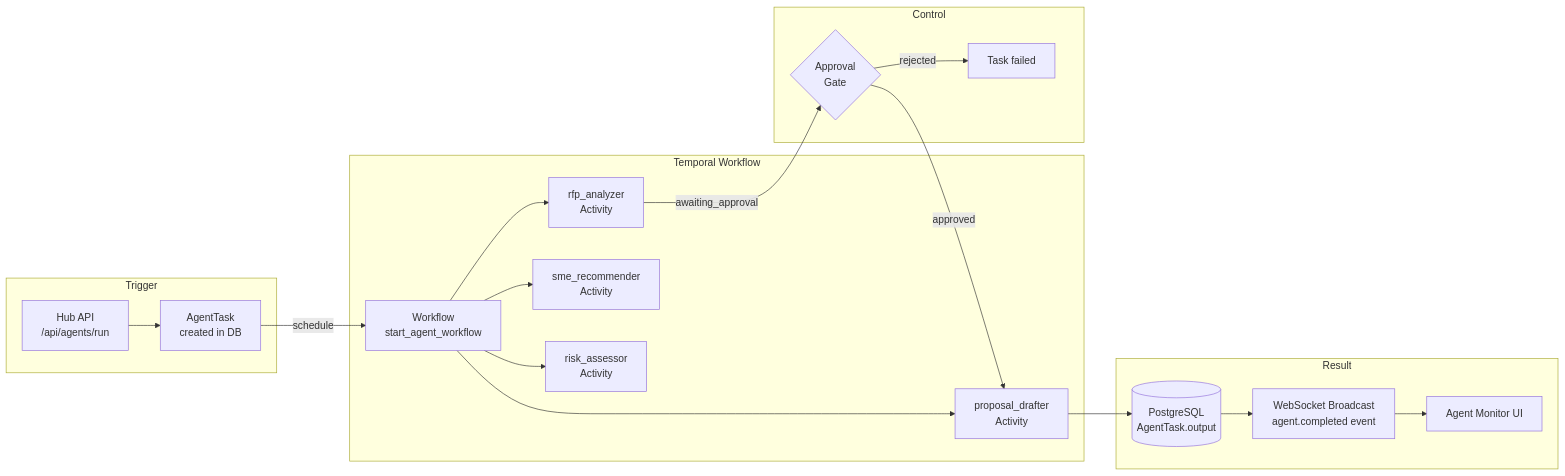
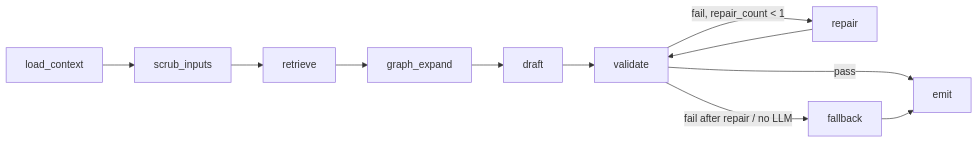
Before and after one commit to sanjayrkshetty/presales-hub: the first of 3 diagrams in docs/architecture/ai-pipeline.md, drawn with Mermaid. The commit also changed other lines of this file and 7 other files, not shown here.

First line of the commit message:
docs: align architecture with G1 draft graph and Post-G1 reality

````diff
--- a/docs/architecture/ai-pipeline.md
+++ b/docs/architecture/ai-pipeline.md
@@ -39,26 +12,13 @@
 ```mermaid
 flowchart LR
-    subgraph Trigger
-        API[Hub API\n/api/agents/run] --> AT[AgentTask\ncreated in DB]
-    end
-
-    subgraph Temporal["Temporal Workflow"]
-        AT -->|schedule| WT[Workflow\nstart_agent_workflow]
-        WT --> A1[rfp_analyzer\nActivity]
-        WT --> A2[sme_recommender\nActivity]
-        WT --> A3[proposal_drafter\nActivity]
-        WT --> A4[risk_assessor\nActivity]
-    end
-
-    subgraph Control
-        A1 -->|awaiting_approval| Gate{Approval\nGate}
-        Gate -->|approved| A3
-        Gate -->|rejected| Reject[Task failed]
-    end
-
-    subgraph Result
-        A3 --> Persist[(PostgreSQL\nAgentTask.output)]
-        Persist --> WS[WebSocket Broadcast\nagent.completed event]
-        WS --> FE[Agent Monitor UI]
-    end
+    load[load_context] --> scrub[scrub_inputs]
+    scrub --> retrieve[retrieve]
+    retrieve --> expand[graph_expand]
+    expand --> draft[draft]
+    draft --> validate[validate]
+    validate -->|pass| emit[emit]
+    validate -->|fail, repair_count &lt; 1| repair[repair]
+    repair --> validate
+    validate -->|fail after repair / no LLM| fallback[fallback]
+    fallback --> emit
 ```
````
